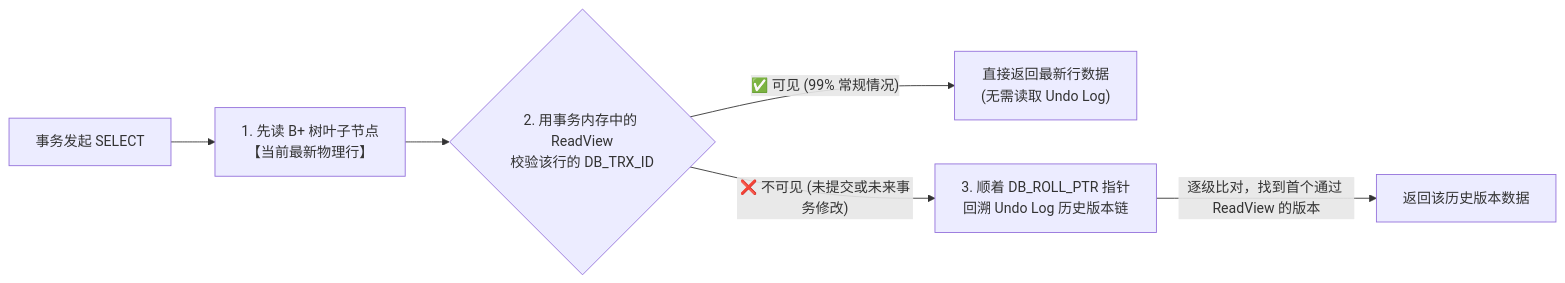
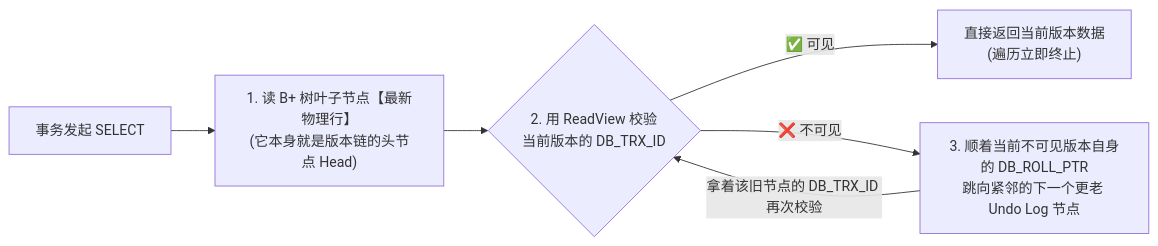
The third of 3 diagrams in 20-Java后端/05-数据库与存储/02-事务与隔离级别.md (GuoWWWX/knowledge-base), drawn with Mermaid before and after one commit. The commit also changed other lines of this file, not shown here.

Commit message:
docs: clarify that B+Tree latest row is the head of Undo Log version chain

````diff
--- a/20-Java后端/05-数据库与存储/02-事务与隔离级别.md
+++ b/20-Java后端/05-数据库与存储/02-事务与隔离级别.md
@@ -157,8 +160,8 @@
 ```mermaid
 flowchart LR
-    Select["事务发起 SELECT"] --> Page["1. 先读 B+ 树叶子节点<br/>【当前最新物理行】"]
-    Page --> Check{"2. 用事务内存中的 ReadView<br/>校验该行的 DB_TRX_ID"}
-    Check -->|"✅ 可见 (99% 常规情况)"| Return["直接返回最新行数据<br/>(无需读取 Undo Log)"]
-    Check -->|"❌ 不可见 (未提交或未来事务修改)"| Undo["3. 顺着 DB_ROLL_PTR 指针<br/>回溯 Undo Log 历史版本链"]
-    Undo -->|"逐级比对，找到首个通过 ReadView 的版本"| ReturnOld["返回该历史版本数据"]
+    Select["事务发起 SELECT"] --> Page["1. 读 B+ 树叶子节点【最新物理行】<br/>(它本身就是版本链的头节点 Head)"]
+    Page --> Check{"2. 用 ReadView 校验<br/>当前版本的 DB_TRX_ID"}
+    Check -->|"✅ 可见"| Return["直接返回当前版本数据<br/>(遍历立即终止)"]
+    Check -->|"❌ 不可见"| Undo["3. 顺着当前不可见版本自身的 DB_ROLL_PTR<br/>跳向紧邻的下一个更老 Undo Log 节点"]
+    Undo -->|"拿着该旧节点的 DB_TRX_ID 再次校验"| Check
 ```
````
